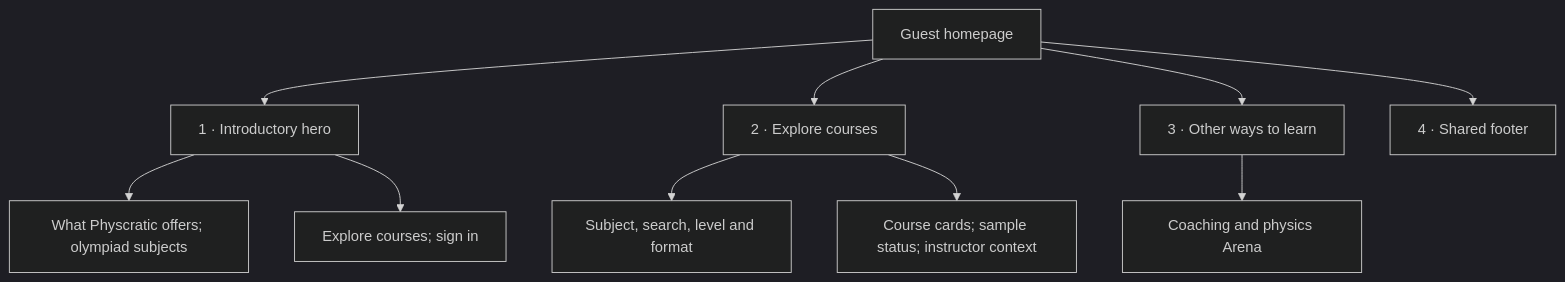
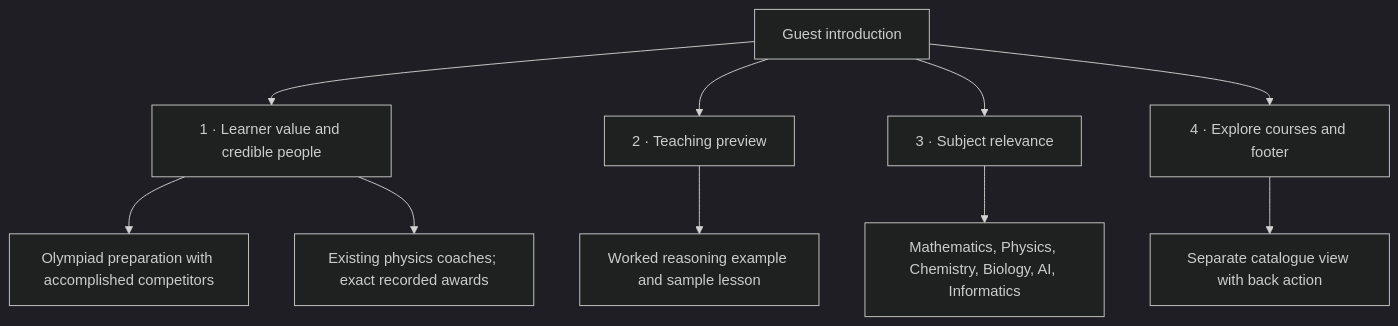
Before and after one commit to Physcratic/physcratic: the second of 11 diagrams in docs/engineering/TEST_PAGE_HIERARCHIES.md, drawn with Mermaid (dark theme). The commit also changed other lines of this file and 4 other files, not shown here.

Commit message:
feat: focus guest landing on medallist expertise and teaching value

````diff
--- a/docs/engineering/TEST_PAGE_HIERARCHIES.md
+++ b/docs/engineering/TEST_PAGE_HIERARCHIES.md
@@ -57,17 +57,17 @@
 ```mermaid
 flowchart TD
-  page["Guest homepage"]
-  hero["1 · Introductory hero"]
-  discovery["2 · Explore courses"]
-  support["3 · Other ways to learn"]
-  footer["4 · Shared footer"]
+  page["Guest introduction"]
+  hero["1 · Learner value and credible people"]
+  teaching["2 · Teaching preview"]
+  subjects["3 · Subject relevance"]
+  action["4 · Explore courses and footer"]
   page --> hero
-  page --> discovery
-  page --> support
-  page --> footer
-  hero --> identity["What Physcratic offers; olympiad subjects"]
-  hero --> action["Explore courses; sign in"]
-  discovery --> controls["Subject, search, level and format"]
-  discovery --> results["Course cards; sample status; instructor context"]
-  support --> options["Coaching and physics Arena"]
+  page --> teaching
+  page --> subjects
+  page --> action
+  hero --> message["Olympiad preparation with accomplished competitors"]
+  hero --> people["Existing physics coaches; exact recorded awards"]
+  teaching --> example["Worked reasoning example and sample lesson"]
+  subjects --> fields["Mathematics, Physics, Chemistry, Biology, AI, Informatics"]
+  action --> catalogue["Separate catalogue view with back action"]
 ```
````
